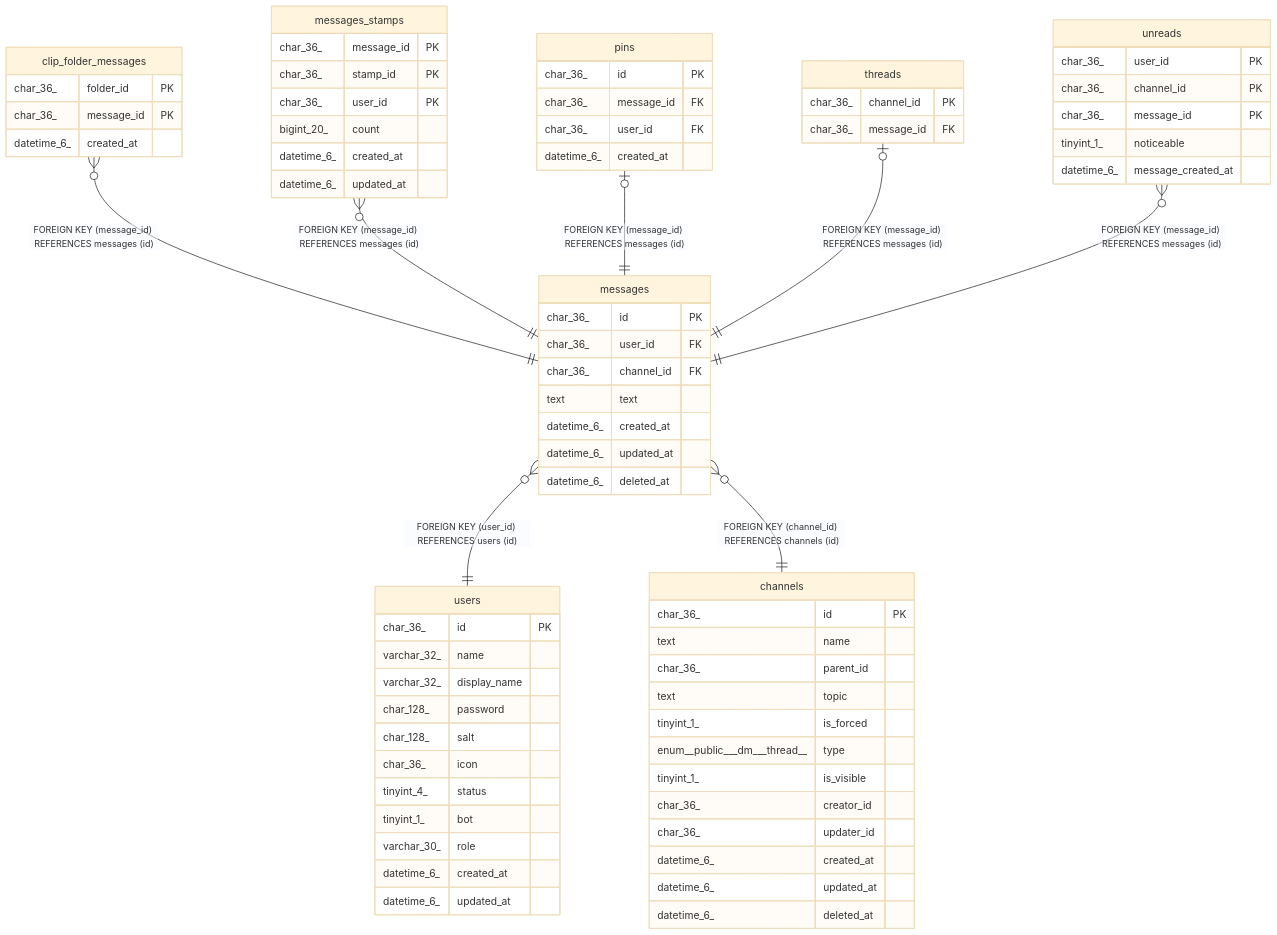
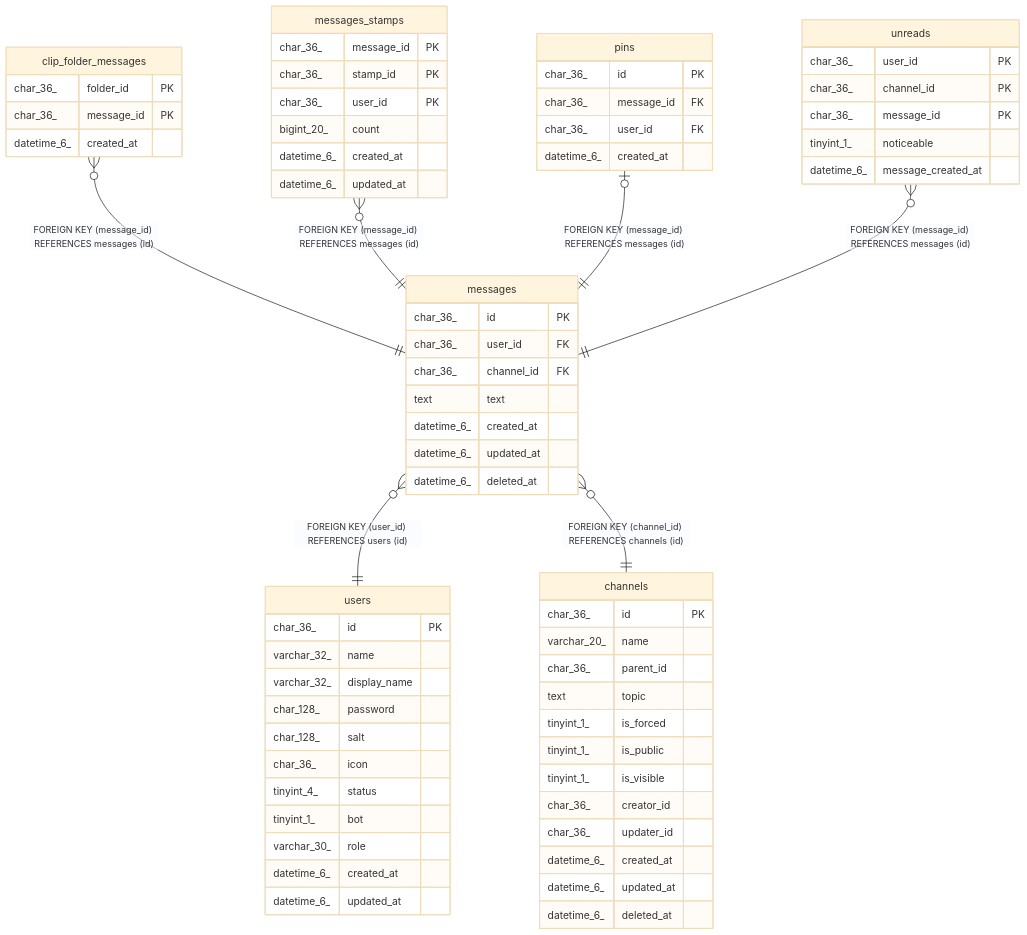
Before and after one commit to traPtitech/traQ: the diagram in docs/dbSchema/messages.md, drawn with Mermaid (base theme). The commit also changed other lines of this file and 54 other files, not shown here.

````diff
--- a/docs/dbSchema/messages.md
+++ b/docs/dbSchema/messages.md
@@ -65,78 +65,73 @@
 ```mermaid
 erDiagram
 
 "clip_folder_messages" }o--|| "messages" : "FOREIGN KEY (message_id) REFERENCES messages (id)"
 "messages_stamps" }o--|| "messages" : "FOREIGN KEY (message_id) REFERENCES messages (id)"
 "pins" |o--|| "messages" : "FOREIGN KEY (message_id) REFERENCES messages (id)"
-"threads" |o--|| "messages" : "FOREIGN KEY (message_id) REFERENCES messages (id)"
 "unreads" }o--|| "messages" : "FOREIGN KEY (message_id) REFERENCES messages (id)"
 "messages" }o--|| "users" : "FOREIGN KEY (user_id) REFERENCES users (id)"
 "messages" }o--|| "channels" : "FOREIGN KEY (channel_id) REFERENCES channels (id)"
 
 "messages" {
   char_36_ id PK
   char_36_ user_id FK
   char_36_ channel_id FK
   text text
   datetime_6_ created_at
   datetime_6_ updated_at
   datetime_6_ deleted_at
 }
 "clip_folder_messages" {
   char_36_ folder_id PK
   char_36_ message_id PK
   datetime_6_ created_at
 }
 "messages_stamps" {
   char_36_ message_id PK
   char_36_ stamp_id PK
   char_36_ user_id PK
   bigint_20_ count
   datetime_6_ created_at
   datetime_6_ updated_at
 }
 "pins" {
   char_36_ id PK
   char_36_ message_id FK
   char_36_ user_id FK
   datetime_6_ created_at
 }
-"threads" {
-  char_36_ channel_id PK
-  char_36_ message_id FK
-}
 "unreads" {
   char_36_ user_id PK
   char_36_ channel_id PK
   char_36_ message_id PK
   tinyint_1_ noticeable
   datetime_6_ message_created_at
 }
 "users" {
   char_36_ id PK
   varchar_32_ name
   varchar_32_ display_name
   char_128_ password
   char_128_ salt
   char_36_ icon
   tinyint_4_ status
   tinyint_1_ bot
   varchar_30_ role
   datetime_6_ created_at
   datetime_6_ updated_at
 }
 "channels" {
   char_36_ id PK
-  text name
+  varchar_20_ name
   char_36_ parent_id
   text topic
   tinyint_1_ is_forced
-  enum__public___dm___thread__ type
+  tinyint_1_ is_public
   tinyint_1_ is_visible
   char_36_ creator_id
   char_36_ updater_id
   datetime_6_ created_at
   datetime_6_ updated_at
   datetime_6_ deleted_at
 }
 ```
````
